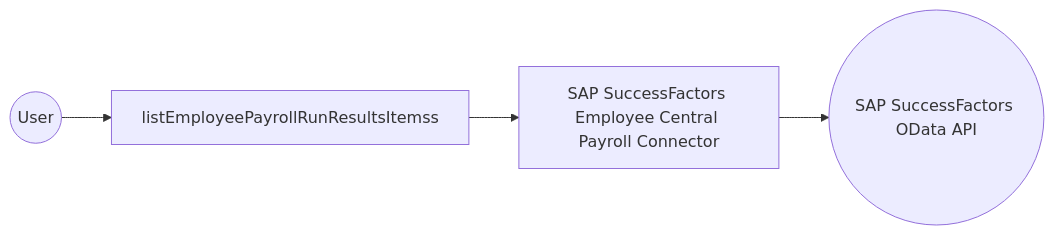
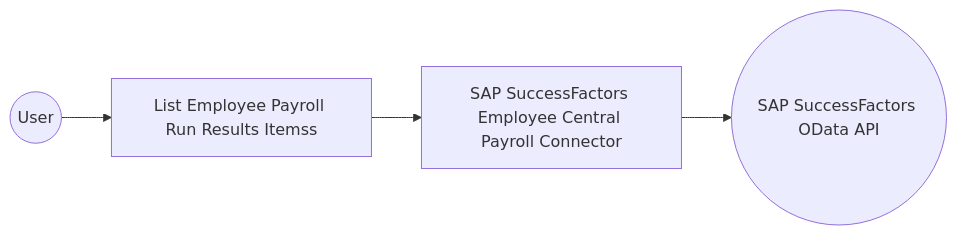
The diagram in en/docs/connectors/catalog/hrms/sap.successfactors.ecemployeecentralpayroll/example.md (wso2/docs-integrator), drawn with Mermaid before and after one commit. The commit also changed other lines of this file and 6 other files, not shown here.

````diff
--- a/en/docs/connectors/catalog/hrms/sap.successfactors.ecemployeecentralpayroll/example.md
+++ b/en/docs/connectors/catalog/hrms/sap.successfactors.ecemployeecentralpayroll/example.md
@@ -12,6 +12,6 @@
 ```mermaid
 flowchart LR
-    A((User)) --> B[listEmployeePayrollRunResultsItemss]
+    A((User)) --> B[List Employee Payroll Run Results Itemss]
     B --> C[SAP SuccessFactors Employee Central Payroll Connector]
     C --> D((SAP SuccessFactors OData API))
 ```
````
